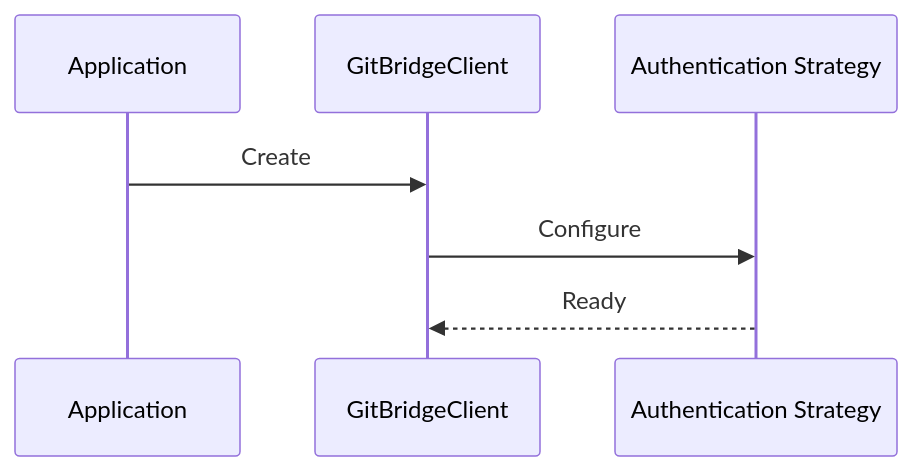
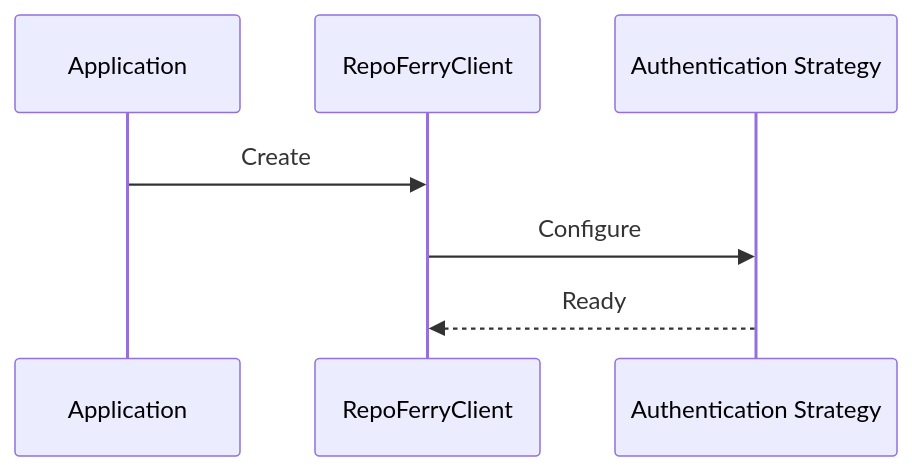
One commit to mriduldey/git-bridge changed the fifth of 9 diagrams in docs/architecture/adr/ADR-006.md. Above: the diagram before and after it, drawn with Mermaid. The commit also changed other lines of this file and 119 other files, not shown here.

````diff
--- a/docs/architecture/adr/ADR-006.md
+++ b/docs/architecture/adr/ADR-006.md
@@ -952,9 +952,9 @@
 ```mermaid
 sequenceDiagram
 
-Application->>GitBridgeClient: Create
+Application->>RepoFerryClient: Create
 
-GitBridgeClient->>Authentication Strategy: Configure
+RepoFerryClient->>Authentication Strategy: Configure
 
-Authentication Strategy-->>GitBridgeClient: Ready
+Authentication Strategy-->>RepoFerryClient: Ready
 ```
````
